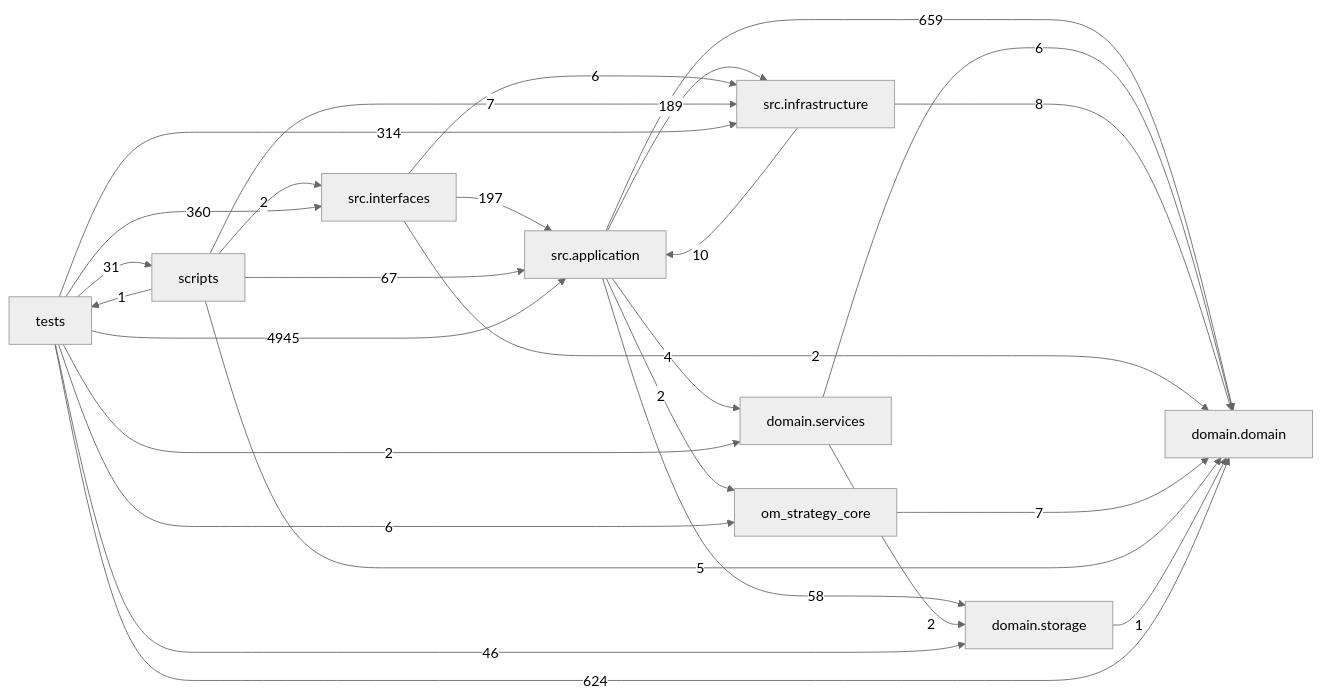
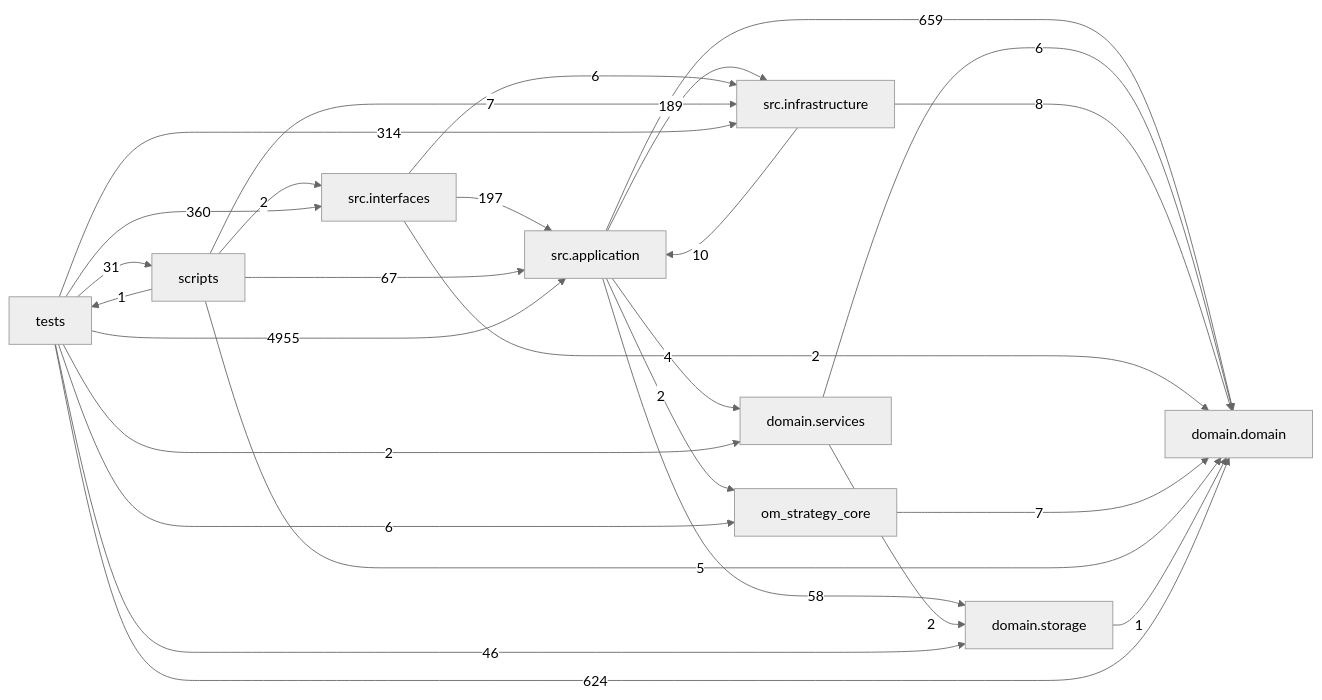
The diagram in docs/DEPENDENCY_GRAPH.md (liuxie066/options-monitor), drawn with Mermaid (neutral theme) before and after one commit. The commit also changed other lines of this file and 12 other files, not shown here.

````diff
--- a/docs/DEPENDENCY_GRAPH.md
+++ b/docs/DEPENDENCY_GRAPH.md
@@ -24,38 +24,38 @@
 ```mermaid
 flowchart LR
   tests["tests"]
   scripts["scripts"]
   interfaces["src.interfaces"]
   application["src.application"]
   infrastructure["src.infrastructure"]
   domain_services["domain.services"]
   domain["domain.domain"]
   storage["domain.storage"]
   application -->|659| domain
   application -->|4| domain_services
   application -->|189| infrastructure
   application -->|2| om_strategy_core
   application -->|58| storage
   domain_services -->|6| domain
   domain_services -->|2| storage
   infrastructure -->|10| application
   infrastructure -->|8| domain
   interfaces -->|197| application
   interfaces -->|2| domain
   interfaces -->|6| infrastructure
   om_strategy_core -->|7| domain
   scripts -->|67| application
   scripts -->|5| domain
   scripts -->|7| infrastructure
   scripts -->|2| interfaces
   scripts -->|1| tests
   storage -->|1| domain
-  tests -->|4945| application
+  tests -->|4955| application
   tests -->|624| domain
   tests -->|2| domain_services
   tests -->|314| infrastructure
   tests -->|360| interfaces
   tests -->|6| om_strategy_core
   tests -->|31| scripts
   tests -->|46| storage
 ```
````
